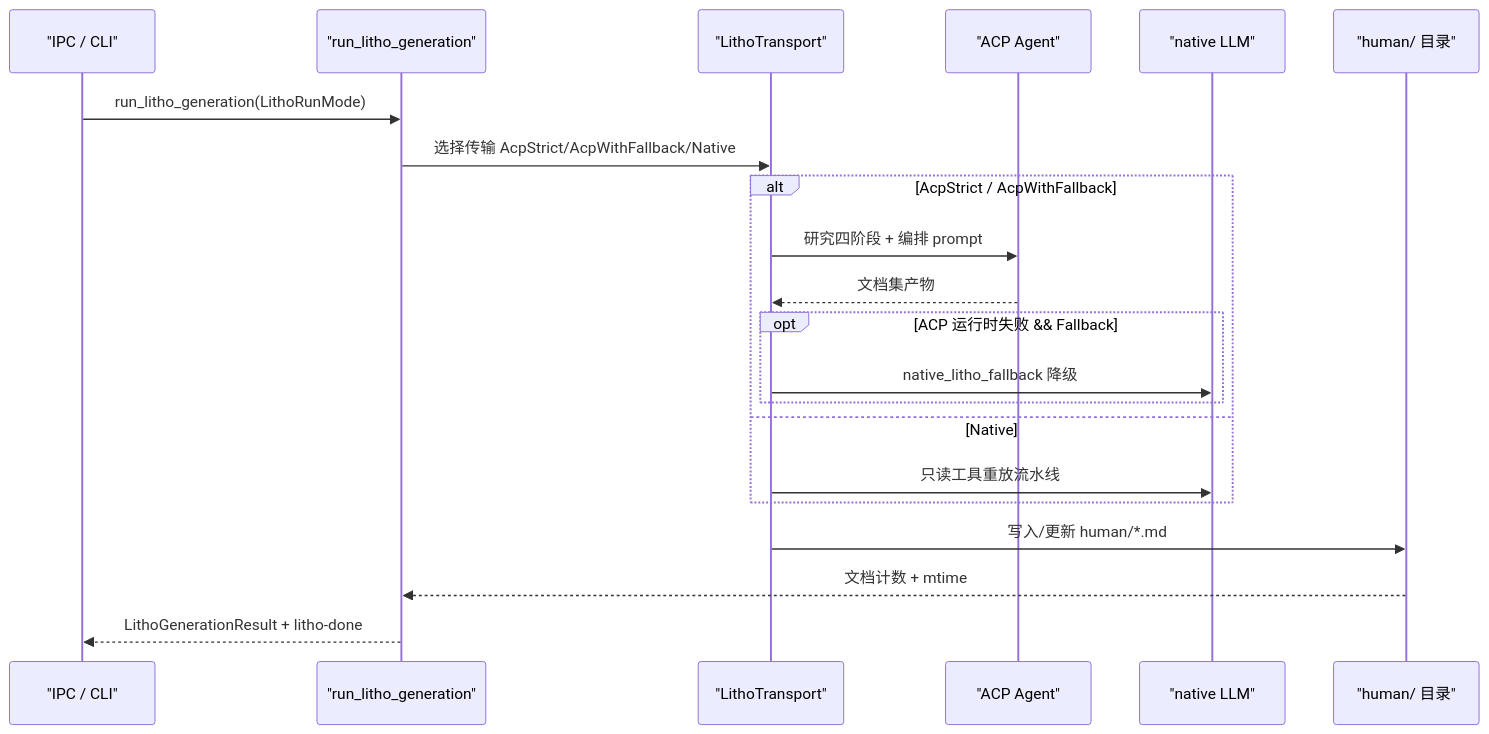
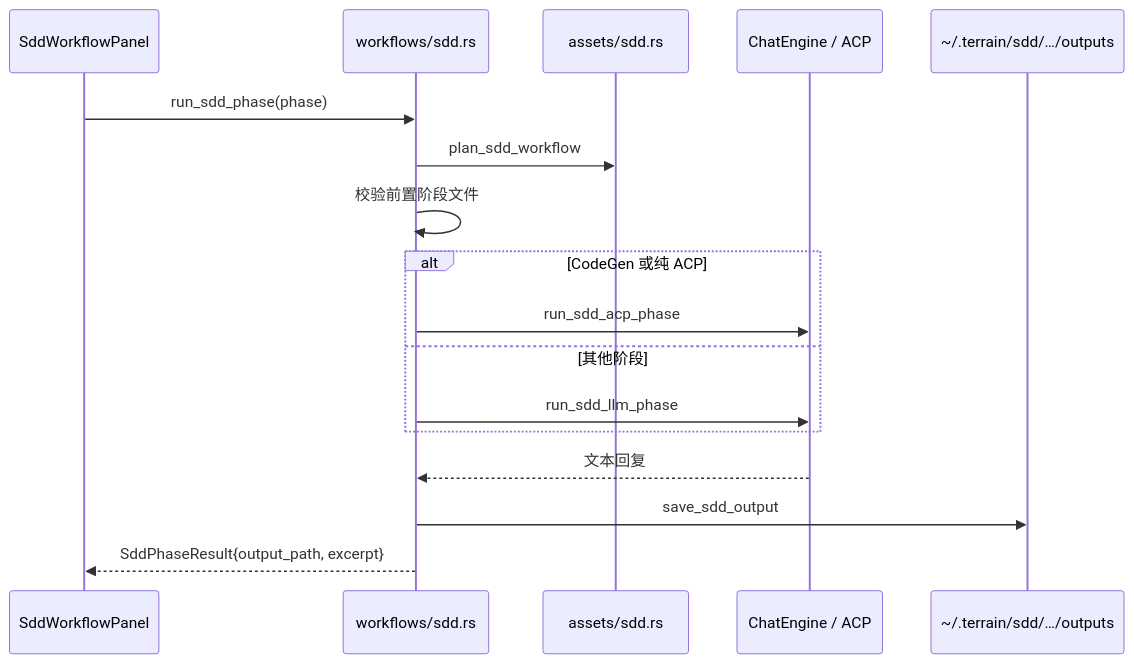
The ninth of 11 diagrams in .terrain/human/3.工作流.md (sopaco/terrain), drawn with Mermaid before and after one commit. The commit also changed other lines of this file and 39 other files, not shown here.

Commit message:
update terrain assets

````diff
--- a/.terrain/human/3.工作流.md
+++ b/.terrain/human/3.工作流.md
@@ -270,24 +257,20 @@
 ```mermaid
 sequenceDiagram
-    participant CLI as "IPC / CLI"
-    participant L as "run_litho_generation"
-    participant T as "LithoTransport"
-    participant A as "ACP Agent"
-    participant N as "native LLM"
-    participant FS as "human/ 目录"
+    participant UI as SddWorkflowPanel
+    participant WF as workflows/sdd.rs
+    participant Plan as assets/sdd.rs
+    participant Eng as ChatEngine / ACP
+    participant Out as ~/.terrain/sdd/…/outputs
 
-    CLI->>L: run_litho_generation(LithoRunMode)
-    L->>T: 选择传输 AcpStrict/AcpWithFallback/Native
-    alt AcpStrict / AcpWithFallback
-        T->>A: 研究四阶段 + 编排 prompt
-        A-->>T: 文档集产物
-        opt ACP 运行时失败 && Fallback
-            T->>N: native_litho_fallback 降级
-        end
-    else Native
-        T->>N: 只读工具重放流水线
+    UI->>WF: run_sdd_phase(phase)
+    WF->>Plan: plan_sdd_workflow
+    WF->>WF: 校验前置阶段文件
+    alt CodeGen 或纯 ACP
+        WF->>Eng: run_sdd_acp_phase
+    else 其他阶段
+        WF->>Eng: run_sdd_llm_phase
     end
-    T->>FS: 写入/更新 human/*.md
-    FS-->>L: 文档计数 + mtime
-    L-->>CLI: LithoGenerationResult + litho-done
+    Eng-->>WF: 文本回复
+    WF->>Out: save_sdd_output
+    WF-->>UI: SddPhaseResult{output_path, excerpt}
 ```
````
